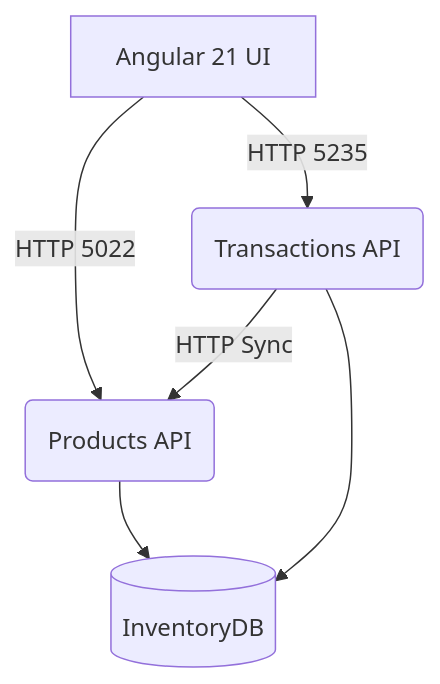
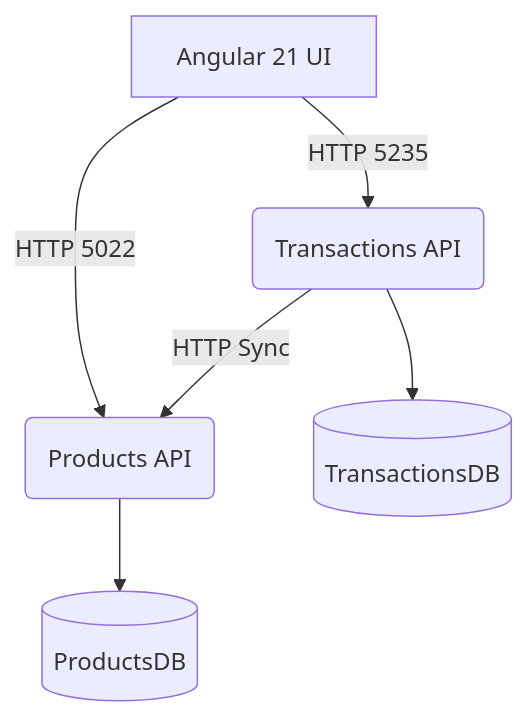
The diagram in README.md (thejeferson2025/inventory-management-system), drawn with Mermaid before and after one commit. The commit also changed other lines of this file and 10 other files, not shown here.

````diff
--- a/README.md
+++ b/README.md
@@ -13,8 +13,8 @@
 ```mermaid
 graph TD
     A[Angular 21 UI] -->|HTTP 5022| B(Products API)
     A -->|HTTP 5235| C(Transactions API)
     C -->|HTTP Sync| B
-    B --> D[(InventoryDB)]
-    C --> D
+    B --> D[(ProductsDB)]
+    C --> E[(TransactionsDB)]
 ```
````
